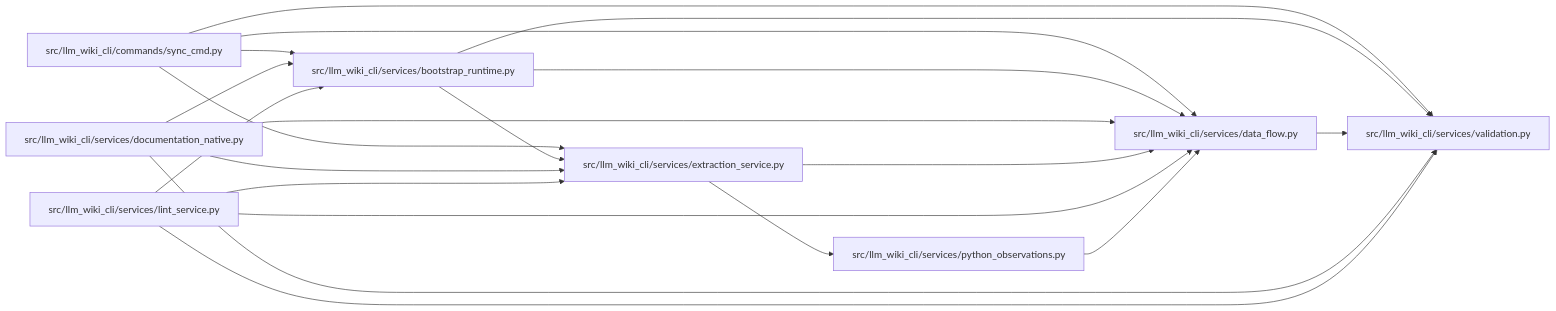
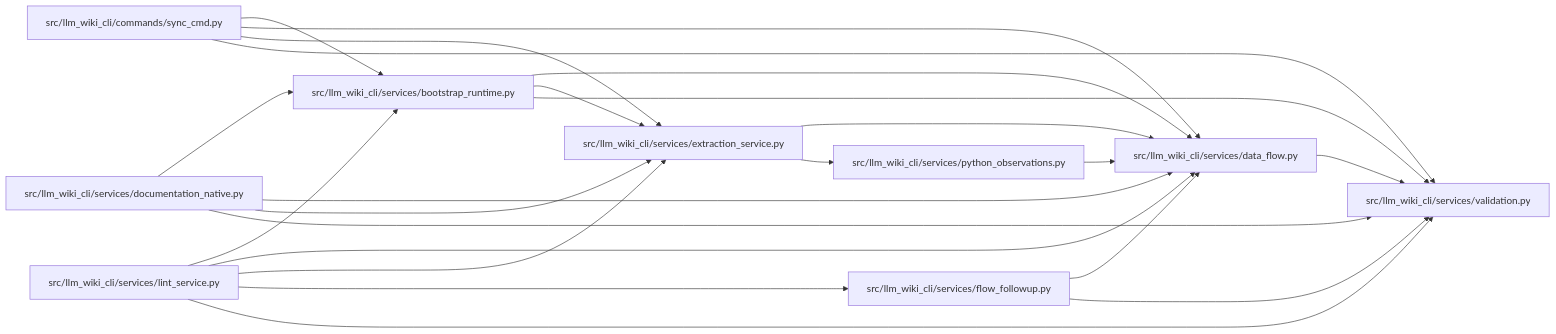
Before and after one commit to Denissvgn/python-wiki-llm: the diagram in docs/llm_wiki/modules/data_flow.md, drawn with Mermaid. The commit also changed other lines of this file and 581 other files, not shown here.

````diff
--- a/docs/llm_wiki/modules/data_flow.md
+++ b/docs/llm_wiki/modules/data_flow.md
@@ -26,38 +26,43 @@
 ```mermaid
 flowchart LR
     n0["src/llm_wiki_cli/commands/sync_cmd.py"]
     n1["src/llm_wiki_cli/services/bootstrap_runtime.py"]
     n2["src/llm_wiki_cli/services/data_flow.py"]
     n3["src/llm_wiki_cli/services/documentation_native.py"]
     n4["src/llm_wiki_cli/services/extraction_service.py"]
-    n5["src/llm_wiki_cli/services/lint_service.py"]
-    n6["src/llm_wiki_cli/services/python_observations.py"]
-    n7["src/llm_wiki_cli/services/validation.py"]
+    n5["src/llm_wiki_cli/services/flow_followup.py"]
+    n6["src/llm_wiki_cli/services/lint_service.py"]
+    n7["src/llm_wiki_cli/services/python_observations.py"]
+    n8["src/llm_wiki_cli/services/validation.py"]
     n0 --> n1
     n0 --> n2
     n0 --> n4
-    n0 --> n7
+    n0 --> n8
     n1 --> n2
     n1 --> n4
-    n1 --> n7
-    n2 --> n7
+    n1 --> n8
+    n2 --> n8
     n3 --> n1
     n3 --> n2
     n3 --> n4
-    n3 --> n7
+    n3 --> n8
     n4 --> n2
-    n4 --> n6
-    n5 --> n1
+    n4 --> n7
     n5 --> n2
-    n5 --> n4
-    n5 --> n7
+    n5 --> n8
+    n6 --> n1
     n6 --> n2
+    n6 --> n4
+    n6 --> n5
+    n6 --> n8
+    n7 --> n2
     click n0 "../modules/sync_cmd.md"
     click n1 "../modules/bootstrap_runtime.md"
     click n2 "../modules/data_flow.md"
     click n3 "../modules/documentation_native.md"
     click n4 "../modules/extraction_service.md"
-    click n5 "../modules/lint_service.md"
-    click n6 "../modules/python_observations.md"
-    click n7 "../modules/validation.md"
+    click n5 "../modules/flow_followup.md"
+    click n6 "../modules/lint_service.md"
+    click n7 "../modules/python_observations.md"
+    click n8 "../modules/validation.md"
 ```
````
